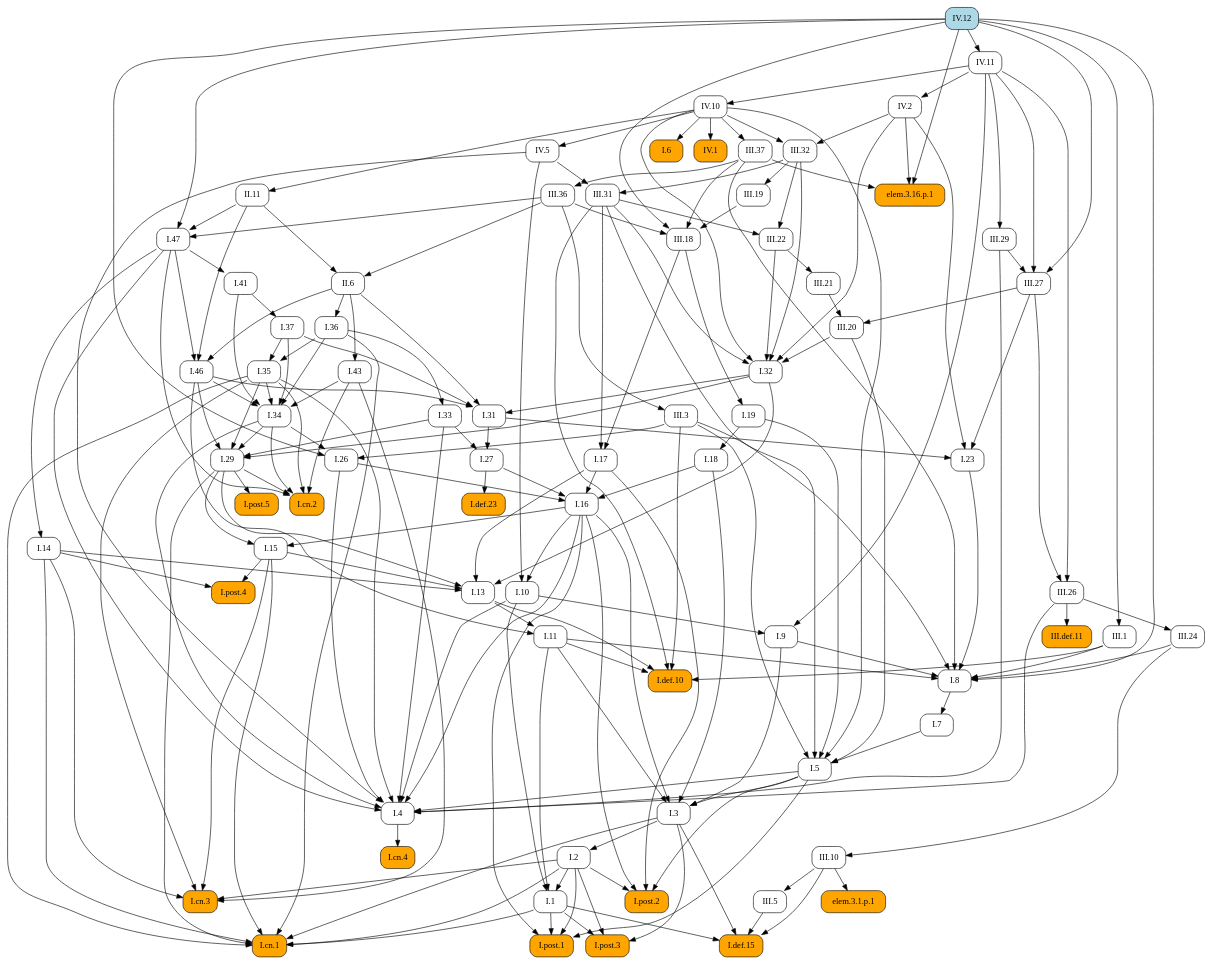
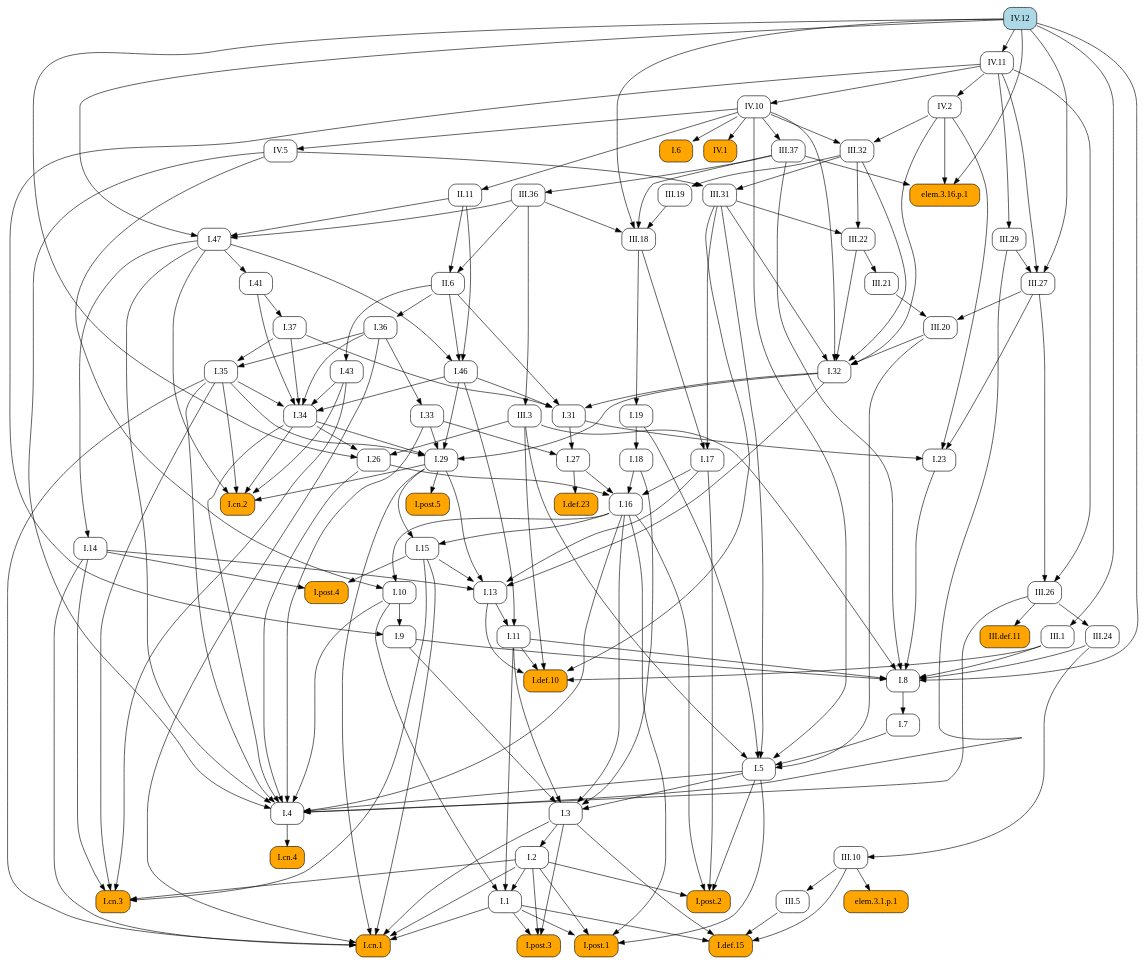
The diagram in docsrc/elements2/IV/12/index.rst (geometor/elements), drawn with Graphviz before and after one commit. The commit also changed other lines of this file and 409 other files, not shown here.

First line of the commit message:
feat: Add image cropping and graphic extraction script

```diff
--- a/docsrc/elements2/IV/12/index.rst
+++ b/docsrc/elements2/IV/12/index.rst
@@ -146,79 +146,88 @@
    digraph {
      rankdir="TB";
      node [shape=box, style=rounded];
+     "III.18" [URL="/elements2/III/18/", target="_top"];
+     "I.31" [URL="/elements2/I/31/", target="_top"];
+     "I.41" [URL="/elements2/I/41/", target="_top"];
      "I.8" [URL="/elements2/I/8/", target="_top"];
+     "I.15" [URL="/elements2/I/15/", target="_top"];
+     "I.47" [URL="/elements2/I/47/", target="_top"];
+     "III.36" [URL="/elements2/III/36/", target="_top"];
+     "I.26" [URL="/elements2/I/26/", target="_top"];
+     "I.cn.1" [style="rounded,filled", fillcolor=orange, URL="/elements2/I/cn.1/", target="_top"];
+     "elem.3.16.p.1" [style="rounded,filled", fillcolor=orange];
+     "IV.5" [URL="/elements2/IV/5/", target="_top"];
+     "I.16" [URL="/elements2/I/16/", target="_top"];
+     "I.35" [URL="/elements2/I/35/", target="_top"];
+     "I.34" [URL="/elements2/I/34/", target="_top"];
+     "IV.11" [URL="/elements2/IV/11/", target="_top"];
+     "I.33" [URL="/elements2/I/33/", target="_top"];
+     "III.29" [URL="/elements2/III/29/", target="_top"];
+     "III.19" [URL="/elements2/III/19/", target="_top"];
+     "I.def.15" [style="rounded,filled", fillcolor=orange, URL="/elements2/I/def.15/", target="_top"];
      "I.46" [URL="/elements2/I/46/", target="_top"];
-     "III.36" [URL="/elements2/III/36/", target="_top"];
+     "I.19" [URL="/elements2/I/19/", target="_top"];
+     "I.11" [URL="/elements2/I/11/", target="_top"];
+     "III.22" [URL="/elements2/III/22/", target="_top"];
+     "I.14" [URL="/elements2/I/14/", target="_top"];
+     "III.21" [URL="/elements2/III/21/", target="_top"];
+     "I.cn.3" [style="rounded,filled", fillcolor=orange, URL="/elements2/I/cn.3/", target="_top"];
+     "III.24" [URL="/elements2/III/24/", target="_top"];
+     "III.3" [URL="/elements2/III/3/", target="_top"];
+     "III.37" [URL="/elements2/III/37/", target="_top"];
+     "I.9" [URL="/elements2/I/9/", target="_top"];
+     "I.29" [URL="/elements2/I/29/", target="_top"];
      "I.36" [URL="/elements2/I/36/", target="_top"];
-     "IV.5" [URL="/elements2/IV/5/", target="_top"];
+     "I.post.1" [style="rounded,filled", fillcolor=orange, URL="/elements2/I/post.1/", target="_top"];
+     "I.27" [URL="/elements2/I/27/", target="_top"];
+     "IV.2" [URL="/elements2/IV/2/", target="_top"];
+     "I.post.4" [style="rounded,filled", fillcolor=orange, URL="/elements2/I/post.4/", target="_top"];
+     "I.cn.2" [style="rounded,filled", fillcolor=orange, URL="/elements2/I/cn.2/", target="_top"];
+     "I.cn.4" [style="rounded,filled", fillcolor=orange, URL="/elements2/I/cn.4/", target="_top"];
+     "III.1" [URL="/elements2/III/1/", target="_top"];
+     "I.37" [URL="/elements2/I/37/", target="_top"];
+     "I.43" [URL="/elements2/I/43/", target="_top"];
+     "I.5" [URL="/elements2/I/5/", target="_top"];
+     "I.17" [URL="/elements2/I/17/", target="_top"];
+     "I.32" [URL="/elements2/I/32/", target="_top"];
+     "II.11" [URL="/elements2/II/11/", target="_top"];
+     "I.7" [URL="/elements2/I/7/", target="_top"];
+     "I.23" [URL="/elements2/I/23/", target="_top"];
+     "elem.3.1.p.1" [style="rounded,filled", fillcolor=orange];
+     "III.26" [URL="/elements2/III/26/", target="_top"];
+     "III.20" [URL="/elements2/III/20/", target="_top"];
+     "IV.10" [URL="/elements2/IV/10/", target="_top"];
+     "IV.12" [style="rounded,filled", fillcolor=lightblue, URL="/elements2/IV/12/", target="_top"];
+     "I.6" [style="rounded,filled", fillcolor=orange, URL="/elements2/I/6/", target="_top"];
+     "III.27" [URL="/elements2/III/27/", target="_top"];
+     "III.31" [URL="/elements2/III/31/", target="_top"];
+     "I.def.10" [style="rounded,filled", fillcolor=orange, URL="/elements2/I/def.10/", target="_top"];
+     "I.18" [URL="/elements2/I/18/", target="_top"];
+     "I.def.23" [style="rounded,filled", fillcolor=orange, URL="/elements2/I/def.23/", target="_top"];
+     "III.5" [URL="/elements2/III/5/", target="_top"];
      "I.post.5" [style="rounded,filled", fillcolor=orange, URL="/elements2/I/post.5/", target="_top"];
-     "III.29" [URL="/elements2/III/29/", target="_top"];
-     "I.def.10" [style="rounded,filled", fillcolor=orange, URL="/elements2/I/def.10/", target="_top"];
-     "I.cn.2" [style="rounded,filled", fillcolor=orange, URL="/elements2/I/cn.2/", target="_top"];
-     "II.11" [URL="/elements2/II/11/", target="_top"];
-     "III.31" [URL="/elements2/III/31/", target="_top"];
-     "I.31" [URL="/elements2/I/31/", target="_top"];
-     "I.43" [URL="/elements2/I/43/", target="_top"];
+     "I.3" [URL="/elements2/I/3/", target="_top"];
+     "I.10" [URL="/elements2/I/10/", target="_top"];
+     "I.13" [URL="/elements2/I/13/", target="_top"];
+     "I.4" [URL="/elements2/I/4/", target="_top"];
+     "I.post.3" [style="rounded,filled", fillcolor=orange, URL="/elements2/I/post.3/", target="_top"];
+     "III.32" [URL="/elements2/III/32/", target="_top"];
+     "I.2" [URL="/elements2/I/2/", target="_top"];
+     "III.10" [URL="/elements2/III/10/", target="_top"];
+     "II.6" [URL="/elements2/II/6/", target="_top"];
+     "III.def.11" [style="rounded,filled", fillcolor=orange, URL="/elements2/III/def.11/", target="_top"];
+     "I.1" [URL="/elements2/I/1/", target="_top"];
+     "IV.1" [style="rounded,filled", fillcolor=orange, URL="/elements2/IV/1/", target="_top"];
      "I.post.2" [style="rounded,filled", fillcolor=orange, URL="/elements2/I/post.2/", target="_top"];
-     "III.24" [URL="/elements2/III/24/", target="_top"];
-     "I.def.23" [style="rounded,filled", fillcolor=orange, URL="/elements2/I/def.23/", target="_top"];
-     "I.26" [URL="/elements2/I/26/", target="_top"];
-     "I.19" [URL="/elements2/I/19/", target="_top"];
-     "I.cn.3" [style="rounded,filled", fillcolor=orange, URL="/elements2/I/cn.3/", target="_top"];
-     "IV.1" [style="rounded,filled", fillcolor=orange, URL="/elements2/IV/1/", target="_top"];
-     "III.5" [URL="/elements2/III/5/", target="_top"];
-     "III.20" [URL="/elements2/III/20/", target="_top"];
-     "III.26" [URL="/elements2/III/26/", target="_top"];
-     "elem.3.1.p.1" [style="rounded,filled", fillcolor=orange];
-     "I.18" [URL="/elements2/I/18/", target="_top"];
-     "I.41" [URL="/elements2/I/41/", target="_top"];
-     "I.35" [URL="/elements2/I/35/", target="_top"];
-     "II.6" [URL="/elements2/II/6/", target="_top"];
-     "I.27" [URL="/elements2/I/27/", target="_top"];
-     "III.18" [URL="/elements2/III/18/", target="_top"];
-     "I.4" [URL="/elements2/I/4/", target="_top"];
-     "I.15" [URL="/elements2/I/15/", target="_top"];
-     "I.34" [URL="/elements2/I/34/", target="_top"];
-     "I.post.3" [style="rounded,filled", fillcolor=orange, URL="/elements2/I/post.3/", target="_top"];
-     "I.32" [URL="/elements2/I/32/", target="_top"];
-     "IV.12" [style="rounded,filled", fillcolor=lightblue, URL="/elements2/IV/12/", target="_top"];
-     "III.27" [URL="/elements2/III/27/", target="_top"];
-     "I.47" [URL="/elements2/I/47/", target="_top"];
-     "I.14" [URL="/elements2/I/14/", target="_top"];
-     "I.post.1" [style="rounded,filled", fillcolor=orange, URL="/elements2/I/post.1/", target="_top"];
-     "I.33" [URL="/elements2/I/33/", target="_top"];
-     "I.5" [URL="/elements2/I/5/", target="_top"];
-     "III.37" [URL="/elements2/III/37/", target="_top"];
-     "III.3" [URL="/elements2/III/3/", target="_top"];
-     "III.22" [URL="/elements2/III/22/", target="_top"];
-     "elem.3.16.p.1" [style="rounded,filled", fillcolor=orange];
-     "I.def.15" [style="rounded,filled", fillcolor=orange, URL="/elements2/I/def.15/", target="_top"];
-     "I.11" [URL="/elements2/I/11/", target="_top"];
-     "III.def.11" [style="rounded,filled", fillcolor=orange, URL="/elements2/III/def.11/", target="_top"];
-     "I.3" [URL="/elements2/I/3/", target="_top"];
-     "III.10" [URL="/elements2/III/10/", target="_top"];
-     "IV.11" [URL="/elements2/IV/11/", target="_top"];
-     "IV.2" [URL="/elements2/IV/2/", target="_top"];
-     "I.6" [style="rounded,filled", fillcolor=orange, URL="/elements2/I/6/", target="_top"];
-     "I.1" [URL="/elements2/I/1/", target="_top"];
-     "I.cn.4" [style="rounded,filled", fillcolor=orange, URL="/elements2/I/cn.4/", target="_top"];
-     "III.21" [URL="/elements2/III/21/", target="_top"];
-     "I.7" [URL="/elements2/I/7/", target="_top"];
-     "I.17" [URL="/elements2/I/17/", target="_top"];
-     "I.9" [URL="/elements2/I/9/", target="_top"];
-     "III.32" [URL="/elements2/III/32/", target="_top"];
-     "I.cn.1" [style="rounded,filled", fillcolor=orange, URL="/elements2/I/cn.1/", target="_top"];
-     "I.29" [URL="/elements2/I/29/", target="_top"];
-     "I.16" [URL="/elements2/I/16/", target="_top"];
-     "I.post.4" [style="rounded,filled", fillcolor=orange, URL="/elements2/I/post.4/", target="_top"];
-     "IV.10" [URL="/elements2/IV/10/", target="_top"];
-     "I.13" [URL="/elements2/I/13/", target="_top"];
-     "III.19" [URL="/elements2/III/19/", target="_top"];
-     "I.2" [URL="/elements2/I/2/", target="_top"];
-     "I.37" [URL="/elements2/I/37/", target="_top"];
-     "III.1" [URL="/elements2/III/1/", target="_top"];
-     "I.10" [URL="/elements2/I/10/", target="_top"];
-     "I.23" [URL="/elements2/I/23/", target="_top"];
+     "III.19" -> "III.18";
+     "III.36" -> "III.18";
+     "III.37" -> "III.18";
+     "IV.12" -> "III.18";
+     "I.32" -> "I.31";
+     "I.37" -> "I.31";
+     "I.46" -> "I.31";
+     "II.6" -> "I.31";
+     "I.47" -> "I.41";
      "I.9" -> "I.8";
      "I.11" -> "I.8";
      "I.23" -> "I.8";
@@ -227,66 +236,143 @@
      "III.24" -> "I.8";
      "III.37" -> "I.8";
      "IV.12" -> "I.8";
+     "I.16" -> "I.15";
+     "I.29" -> "I.15";
+     "II.11" -> "I.47";
+     "III.36" -> "I.47";
+     "IV.12" -> "I.47";
+     "III.37" -> "III.36";
+     "I.34" -> "I.26";
+     "III.3" -> "I.26";
+     "IV.12" -> "I.26";
+     "I.1" -> "I.cn.1";
+     "I.2" -> "I.cn.1";
+     "I.3" -> "I.cn.1";
+     "I.14" -> "I.cn.1";
+     "I.15" -> "I.cn.1";
+     "I.29" -> "I.cn.1";
+     "I.35" -> "I.cn.1";
+     "I.36" -> "I.cn.1";
+     "III.37" -> "elem.3.16.p.1";
+     "IV.2" -> "elem.3.16.p.1";
+     "IV.12" -> "elem.3.16.p.1";
+     "IV.10" -> "IV.5";
+     "I.17" -> "I.16";
+     "I.18" -> "I.16";
+     "I.26" -> "I.16";
+     "I.27" -> "I.16";
+     "I.36" -> "I.35";
+     "I.37" -> "I.35";
+     "I.35" -> "I.34";
+     "I.36" -> "I.34";
+     "I.37" -> "I.34";
+     "I.41" -> "I.34";
+     "I.43" -> "I.34";
+     "I.46" -> "I.34";
+     "IV.12" -> "IV.11";
+     "I.36" -> "I.33";
+     "IV.11" -> "III.29";
+     "III.32" -> "III.19";
+     "I.1" -> "I.def.15";
+     "I.3" -> "I.def.15";
+     "III.5" -> "I.def.15";
+     "III.10" -> "I.def.15";
      "I.47" -> "I.46";
      "II.6" -> "I.46";
      "II.11" -> "I.46";
-     "III.37" -> "III.36";
+     "III.18" -> "I.19";
+     "I.13" -> "I.11";
+     "I.46" -> "I.11";
+     "III.31" -> "III.22";
+     "III.32" -> "III.22";
+     "I.47" -> "I.14";
+     "III.22" -> "III.21";
+     "I.2" -> "I.cn.3";
+     "I.14" -> "I.cn.3";
+     "I.15" -> "I.cn.3";
+     "I.35" -> "I.cn.3";
+     "I.43" -> "I.cn.3";
+     "III.26" -> "III.24";
+     "III.36" -> "III.3";
+     "IV.10" -> "III.37";
+     "I.10" -> "I.9";
+     "IV.11" -> "I.9";
+     "I.32" -> "I.29";
+     "I.33" -> "I.29";
+     "I.34" -> "I.29";
+     "I.35" -> "I.29";
+     "I.46" -> "I.29";
      "II.6" -> "I.36";
-     "IV.10" -> "IV.5";
-     "I.29" -> "I.post.5";
-     "IV.11" -> "III.29";
+     "I.1" -> "I.post.1";
+     "I.2" -> "I.post.1";
+     "I.5" -> "I.post.1";
+     "I.16" -> "I.post.1";
+     "I.31" -> "I.27";
+     "I.33" -> "I.27";
+     "IV.11" -> "IV.2";
+     "I.14" -> "I.post.4";
+     "I.15" -> "I.post.4";
+     "I.29" -> "I.cn.2";
+     "I.34" -> "I.cn.2";
+     "I.35" -> "I.cn.2";
+     "I.43" -> "I.cn.2";
+     "I.47" -> "I.cn.2";
+     "I.4" -> "I.cn.4";
+     "IV.12" -> "III.1";
+     "I.41" -> "I.37";
+     "II.6" -> "I.43";
+     "I.7" -> "I.5";
+     "I.19" -> "I.5";
+     "III.3" -> "I.5";
+     "III.20" -> "I.5";
+     "III.31" -> "I.5";
+     "IV.10" -> "I.5";
+     "III.18" -> "I.17";
+     "III.31" -> "I.17";
+     "III.20" -> "I.32";
+     "III.22" -> "I.32";
+     "III.31" -> "I.32";
+     "III.32" -> "I.32";
+     "IV.2" -> "I.32";
+     "IV.10" -> "I.32";
+     "IV.10" -> "II.11";
+     "I.8" -> "I.7";
+     "I.31" -> "I.23";
+     "III.27" -> "I.23";
+     "IV.2" -> "I.23";
+     "III.10" -> "elem.3.1.p.1";
+     "III.27" -> "III.26";
+     "IV.11" -> "III.26";
+     "III.21" -> "III.20";
+     "III.27" -> "III.20";
+     "IV.11" -> "IV.10";
+     "IV.10" -> "I.6";
+     "III.29" -> "III.27";
+     "IV.11" -> "III.27";
+     "IV.12" -> "III.27";
+     "III.32" -> "III.31";
+     "IV.5" -> "III.31";
      "I.11" -> "I.def.10";
      "I.13" -> "I.def.10";
      "III.1" -> "I.def.10";
      "III.3" -> "I.def.10";
      "III.31" -> "I.def.10";
-     "I.29" -> "I.cn.2";
-     "I.34" -> "I.cn.2";
-     "I.35" -> "I.cn.2";
-     "I.43" -> "I.cn.2";
-     "I.47" -> "I.cn.2";
-     "IV.10" -> "II.11";
-     "III.32" -> "III.31";
-     "IV.5" -> "III.31";
-     "I.32" -> "I.31";
-     "I.37" -> "I.31";
-     "I.46" -> "I.31";
-     "II.6" -> "I.31";
-     "II.6" -> "I.43";
-     "I.2" -> "I.post.2";
-     "I.5" -> "I.post.2";
-     "I.16" -> "I.post.2";
-     "I.17" -> "I.post.2";
-     "III.26" -> "III.24";
+     "I.19" -> "I.18";
      "I.27" -> "I.def.23";
-     "I.34" -> "I.26";
-     "III.3" -> "I.26";
-     "IV.12" -> "I.26";
-     "III.18" -> "I.19";
-     "I.2" -> "I.cn.3";
-     "I.14" -> "I.cn.3";
-     "I.15" -> "I.cn.3";
-     "I.35" -> "I.cn.3";
-     "I.43" -> "I.cn.3";
-     "IV.10" -> "IV.1";
      "III.10" -> "III.5";
-     "III.21" -> "III.20";
-     "III.27" -> "III.20";
-     "III.27" -> "III.26";
-     "IV.11" -> "III.26";
-     "III.10" -> "elem.3.1.p.1";
-     "I.19" -> "I.18";
-     "I.47" -> "I.41";
-     "I.36" -> "I.35";
-     "I.37" -> "I.35";
-     "II.11" -> "II.6";
-     "III.36" -> "II.6";
-     "I.31" -> "I.27";
-     "I.33" -> "I.27";
-     "III.19" -> "III.18";
-     "III.36" -> "III.18";
-     "III.37" -> "III.18";
-     "IV.12" -> "III.18";
+     "I.29" -> "I.post.5";
+     "I.5" -> "I.3";
+     "I.9" -> "I.3";
+     "I.11" -> "I.3";
+     "I.16" -> "I.3";
+     "I.18" -> "I.3";
+     "I.16" -> "I.10";
+     "IV.5" -> "I.10";
+     "I.14" -> "I.13";
+     "I.15" -> "I.13";
+     "I.17" -> "I.13";
+     "I.29" -> "I.13";
+     "I.32" -> "I.13";
      "I.5" -> "I.4";
      "I.10" -> "I.4";
      "I.16" -> "I.4";
@@ -298,108 +384,22 @@
      "III.26" -> "I.4";
      "III.29" -> "I.4";
      "IV.5" -> "I.4";
-     "I.16" -> "I.15";
-     "I.29" -> "I.15";
-     "I.35" -> "I.34";
-     "I.36" -> "I.34";
-     "I.37" -> "I.34";
-     "I.41" -> "I.34";
-     "I.43" -> "I.34";
-     "I.46" -> "I.34";
      "I.1" -> "I.post.3";
      "I.2" -> "I.post.3";
      "I.3" -> "I.post.3";
-     "III.20" -> "I.32";
-     "III.22" -> "I.32";
-     "III.31" -> "I.32";
-     "III.32" -> "I.32";
-     "IV.2" -> "I.32";
-     "IV.10" -> "I.32";
-     "III.29" -> "III.27";
-     "IV.11" -> "III.27";
-     "IV.12" -> "III.27";
-     "II.11" -> "I.47";
-     "III.36" -> "I.47";
-     "IV.12" -> "I.47";
-     "I.47" -> "I.14";
-     "I.1" -> "I.post.1";
-     "I.2" -> "I.post.1";
-     "I.5" -> "I.post.1";
-     "I.16" -> "I.post.1";
-     "I.36" -> "I.33";
-     "I.7" -> "I.5";
-     "I.19" -> "I.5";
-     "III.3" -> "I.5";
-     "III.20" -> "I.5";
-     "III.31" -> "I.5";
-     "IV.10" -> "I.5";
-     "IV.10" -> "III.37";
-     "III.36" -> "III.3";
-     "III.31" -> "III.22";
-     "III.32" -> "III.22";
-     "III.37" -> "elem.3.16.p.1";
-     "IV.2" -> "elem.3.16.p.1";
-     "IV.12" -> "elem.3.16.p.1";
-     "I.1" -> "I.def.15";
-     "I.3" -> "I.def.15";
-     "III.5" -> "I.def.15";
-     "III.10" -> "I.def.15";
-     "I.13" -> "I.11";
-     "I.46" -> "I.11";
+     "IV.2" -> "III.32";
+     "IV.10" -> "III.32";
+     "I.3" -> "I.2";
+     "III.24" -> "III.10";
+     "II.11" -> "II.6";
+     "III.36" -> "II.6";
      "III.26" -> "III.def.11";
-     "I.5" -> "I.3";
-     "I.9" -> "I.3";
-     "I.11" -> "I.3";
-     "I.16" -> "I.3";
-     "I.18" -> "I.3";
-     "III.24" -> "III.10";
-     "IV.12" -> "IV.11";
-     "IV.11" -> "IV.2";
-     "IV.10" -> "I.6";
      "I.2" -> "I.1";
      "I.10" -> "I.1";
      "I.11" -> "I.1";
-     "I.4" -> "I.cn.4";
-     "III.22" -> "III.21";
-     "I.8" -> "I.7";
-     "III.18" -> "I.17";
-     "III.31" -> "I.17";
-     "I.10" -> "I.9";
-     "IV.11" -> "I.9";
-     "IV.2" -> "III.32";
-     "IV.10" -> "III.32";
-     "I.1" -> "I.cn.1";
-     "I.2" -> "I.cn.1";
-     "I.3" -> "I.cn.1";
-     "I.14" -> "I.cn.1";
-     "I.15" -> "I.cn.1";
-     "I.29" -> "I.cn.1";
-     "I.35" -> "I.cn.1";
-     "I.36" -> "I.cn.1";
-     "I.32" -> "I.29";
-     "I.33" -> "I.29";
-     "I.34" -> "I.29";
-     "I.35" -> "I.29";
-     "I.46" -> "I.29";
-     "I.17" -> "I.16";
-     "I.18" -> "I.16";
-     "I.26" -> "I.16";
-     "I.27" -> "I.16";
-     "I.14" -> "I.post.4";
-     "I.15" -> "I.post.4";
-     "IV.11" -> "IV.10";
-     "I.14" -> "I.13";
-     "I.15" -> "I.13";
-     "I.17" -> "I.13";
-     "I.29" -> "I.13";
-     "I.32" -> "I.13";
-     "III.32" -> "III.19";
-     "I.3" -> "I.2";
-     "I.41" -> "I.37";
-     "IV.12" -> "III.1";
-     "I.16" -> "I.10";
-     "IV.5" -> "I.10";
-     "I.31" -> "I.23";
-     "III.27" -> "I.23";
-     "IV.2" -> "I.23";
+     "IV.10" -> "IV.1";
+     "I.2" -> "I.post.2";
+     "I.5" -> "I.post.2";
+     "I.16" -> "I.post.2";
+     "I.17" -> "I.post.2";
    }
```
